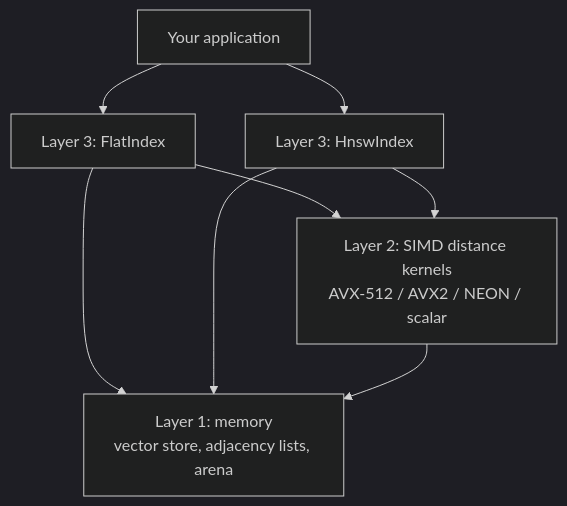
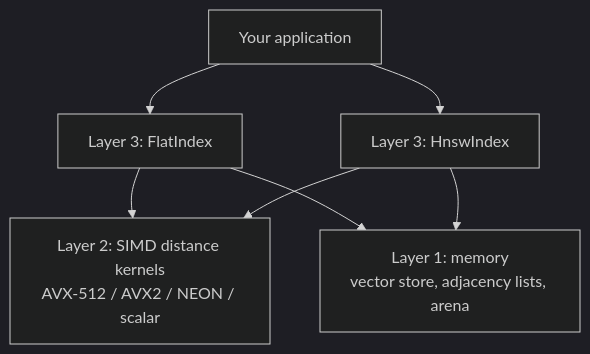
The first of 4 diagrams in docs/architecture.md (praknig/hnsw_lite), drawn with Mermaid (dark theme) before and after one commit. The commit also changed other lines of this file and 14 other files, not shown here.

````diff
--- a/docs/architecture.md
+++ b/docs/architecture.md
@@ -9,10 +9,9 @@
 ```mermaid
 flowchart TB
     A["Your application"] --> B["Layer 3: FlatIndex"]
     A --> C["Layer 3: HnswIndex"]
     B --> D["Layer 2: SIMD distance kernels<br/>AVX-512 / AVX2 / NEON / scalar"]
     C --> D
     B --> E["Layer 1: memory<br/>vector store, adjacency lists, arena"]
     C --> E
-    D --> E
 ```
````
